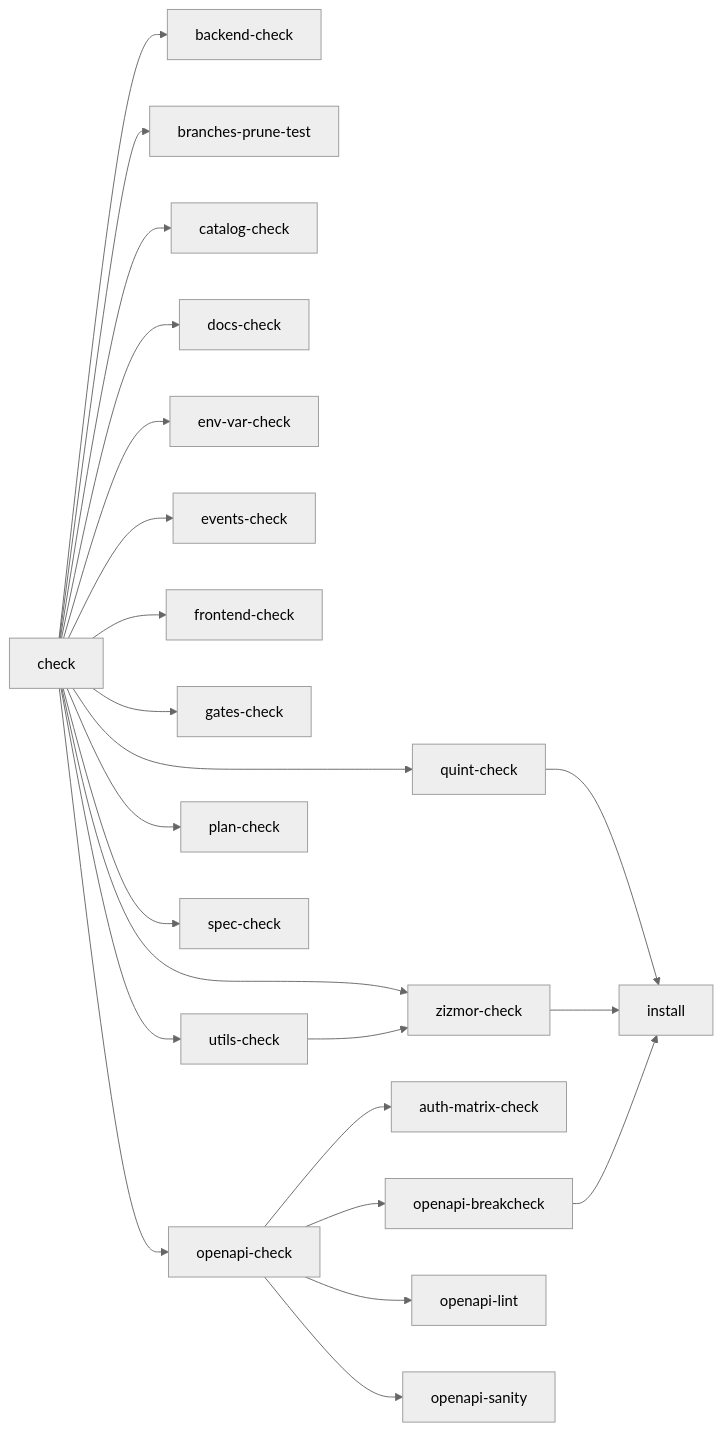
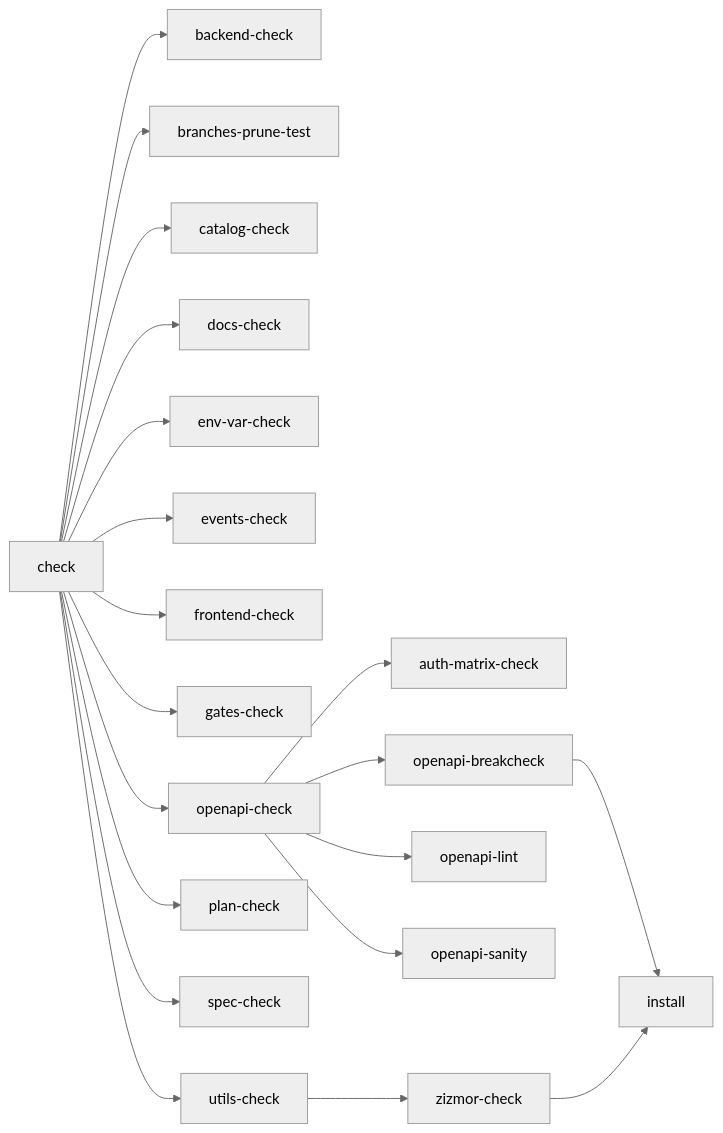
The first of 9 diagrams in docs/quality-gates.md (codesam88/picasu), drawn with Mermaid (neutral theme) before and after one commit. The commit also changed other lines of this file and 3 other files, not shown here.

````diff
--- a/docs/quality-gates.md
+++ b/docs/quality-gates.md
@@ -9,25 +10,22 @@
 ```mermaid
 graph LR
   check --> backend-check
   check --> branches-prune-test
   check --> catalog-check
   check --> docs-check
   check --> env-var-check
   check --> events-check
   check --> frontend-check
   check --> gates-check
   check --> openapi-check
   check --> plan-check
-  check --> quint-check
   check --> spec-check
   check --> utils-check
-  check --> zizmor-check
   openapi-check --> auth-matrix-check
   openapi-check --> openapi-breakcheck
   openapi-check --> openapi-lint
   openapi-check --> openapi-sanity
-  quint-check --> install
   utils-check --> zizmor-check
+  openapi-breakcheck --> install
   zizmor-check --> install
-  openapi-breakcheck --> install
 ```
````
